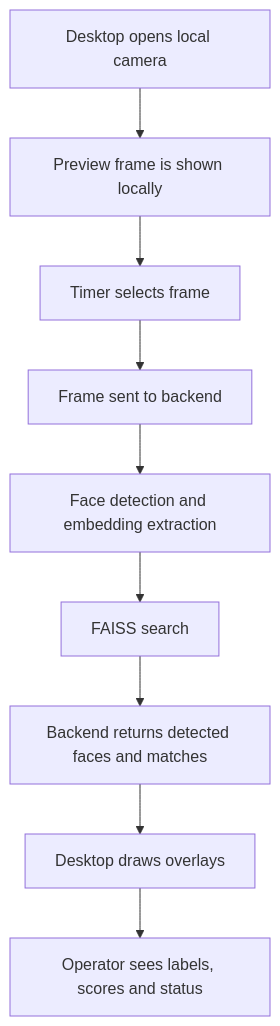
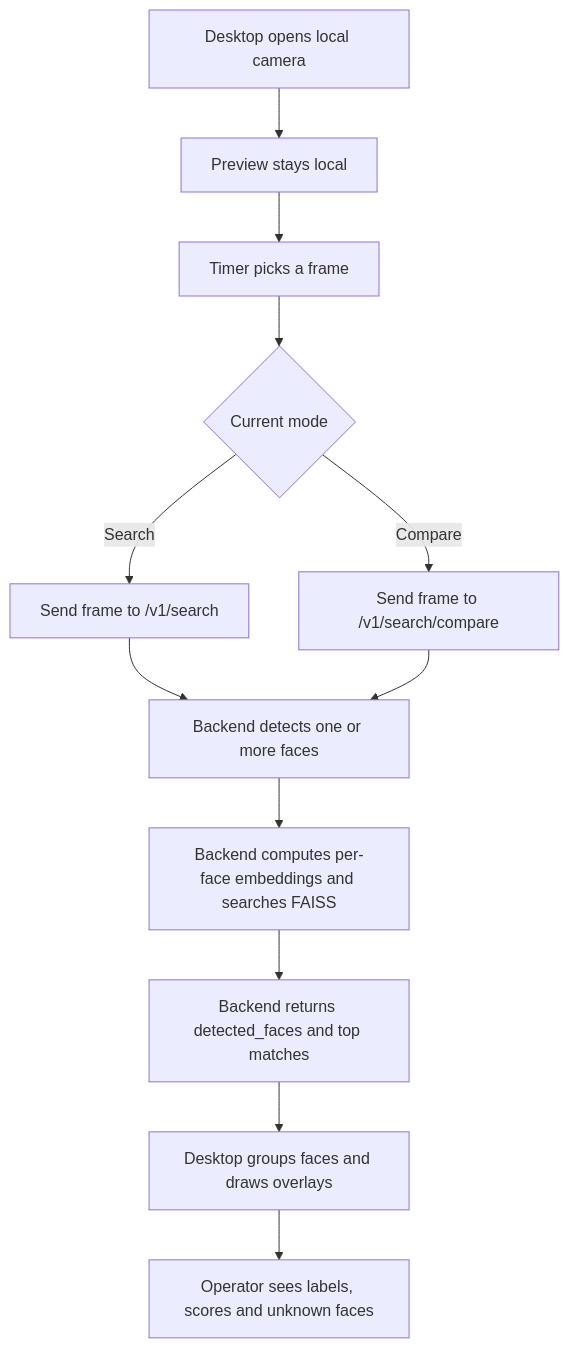
The diagram in Obsidian_Diploma_Vault/04_Diagrams/05_Live_Webcam_Diagram.md (buytheaway/DiplomaWork), drawn with Mermaid before and after one commit. The commit also changed other lines of this file and 46 other files, not shown here.

````diff
--- a/Obsidian_Diploma_Vault/04_Diagrams/05_Live_Webcam_Diagram.md
+++ b/Obsidian_Diploma_Vault/04_Diagrams/05_Live_Webcam_Diagram.md
@@ -9,11 +9,14 @@
 ```mermaid
 flowchart TD
-    A[Desktop opens local camera] --> B[Preview frame is shown locally]
-    B --> C[Timer selects frame]
-    C --> D[Frame sent to backend]
-    D --> E[Face detection and embedding extraction]
-    E --> F[FAISS search]
-    F --> G[Backend returns detected faces and matches]
-    G --> H[Desktop draws overlays]
-    H --> I[Operator sees labels, scores and status]
+    A[Desktop opens local camera] --> B[Preview stays local]
+    B --> C[Timer picks a frame]
+    C --> D{Current mode}
+    D -- Search --> E[Send frame to /v1/search]
+    D -- Compare --> F[Send frame to /v1/search/compare]
+    E --> G[Backend detects one or more faces]
+    F --> G
+    G --> H[Backend computes per-face embeddings and searches FAISS]
+    H --> I[Backend returns detected_faces and top matches]
+    I --> J[Desktop groups faces and draws overlays]
+    J --> K[Operator sees labels, scores and unknown faces]
 ```
````
